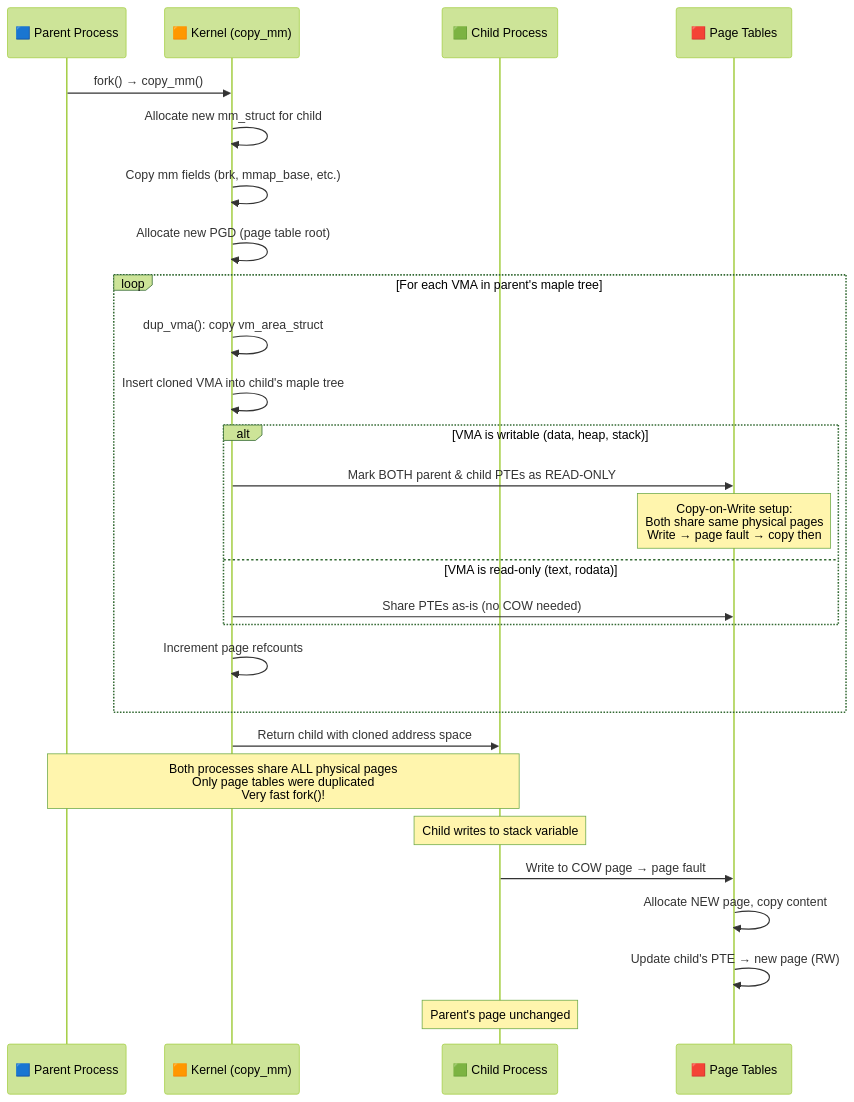
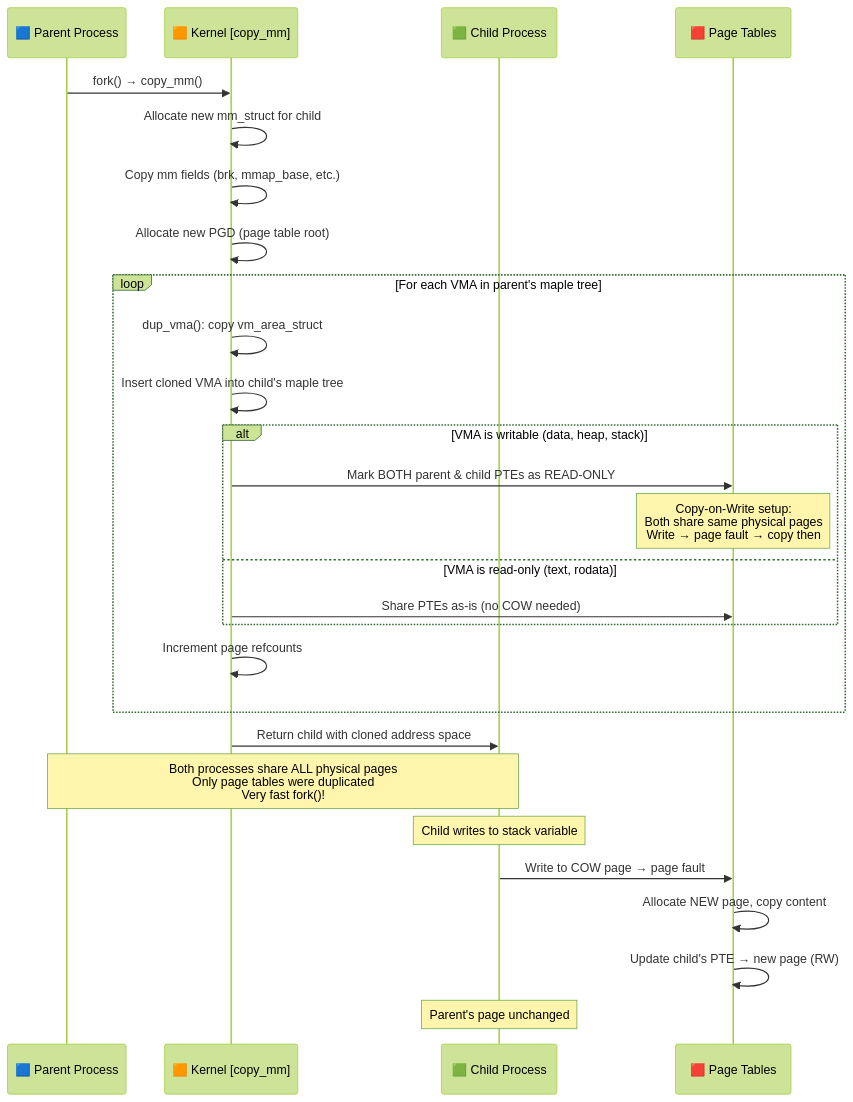
One commit to nilprajapati97/Linux changed the second of 2 diagrams in MemoryManagement/10_Process_Address_Space_mm_struct.md. Above: the diagram before and after it, drawn with Mermaid (forest theme). The commit also changed 68 other files, not shown here.

````diff
--- a/MemoryManagement/10_Process_Address_Space_mm_struct.md
+++ b/MemoryManagement/10_Process_Address_Space_mm_struct.md
@@ -519,37 +519,37 @@
 ```mermaid
 sequenceDiagram
     participant PARENT as 🟦 Parent Process
-    participant FORK as 🟧 Kernel (copy_mm)
+    participant FORK as 🟧 Kernel [copy_mm]
     participant CHILD as 🟩 Child Process
     participant PT as 🟥 Page Tables
 
     PARENT->>FORK: fork() → copy_mm()
 
     FORK->>FORK: Allocate new mm_struct for child
     FORK->>FORK: Copy mm fields (brk, mmap_base, etc.)
     FORK->>FORK: Allocate new PGD (page table root)
 
     loop For each VMA in parent's maple tree
         FORK->>FORK: dup_vma(): copy vm_area_struct
         FORK->>FORK: Insert cloned VMA into child's maple tree
 
         alt VMA is writable (data, heap, stack)
             FORK->>PT: Mark BOTH parent & child PTEs as READ-ONLY
             Note over PT: Copy-on-Write setup:<br/>Both share same physical pages<br/>Write → page fault → copy then
         else VMA is read-only (text, rodata)
             FORK->>PT: Share PTEs as-is (no COW needed)
         end
 
         FORK->>FORK: Increment page refcounts
     end
 
     FORK->>CHILD: Return child with cloned address space
 
     Note over PARENT,CHILD: Both processes share ALL physical pages<br/>Only page tables were duplicated<br/>Very fast fork()!
 
     Note over CHILD: Child writes to stack variable
     CHILD->>PT: Write to COW page → page fault
     PT->>PT: Allocate NEW page, copy content
     PT->>PT: Update child's PTE → new page (RW)
     Note over CHILD: Parent's page unchanged
 ```
````
